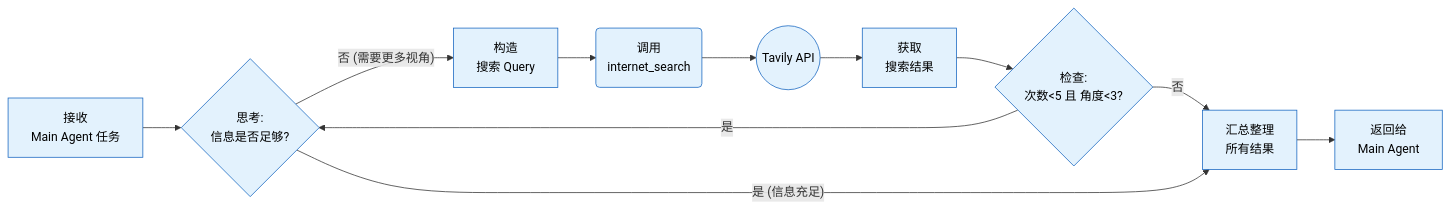
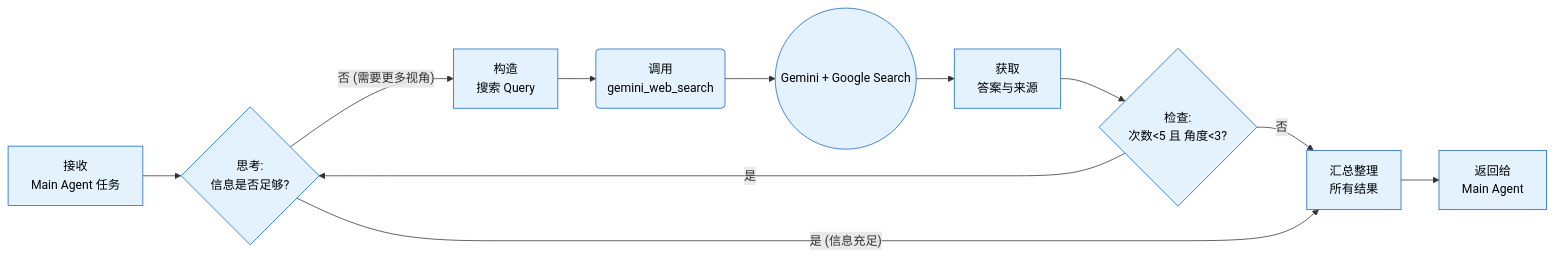
Before and after one commit to pat-CIMAR-UF/DeepAgent: the second of 4 diagrams in 深度搜索项目文档.md, drawn with Mermaid. The commit also changed other lines of this file and 1 other file, not shown here.

First line of the commit message:
Update DeepAgent configuration to utilize Gemini for web search

````diff
--- a/深度搜索项目文档.md
+++ b/深度搜索项目文档.md
@@ -3059,15 +3091,15 @@
 ```mermaid
 graph LR
     classDef default fill:#e3f2fd,stroke:#1565c0,stroke-width:1px,color:#000;
     
     Start[接收<br/>Main Agent 任务] --> Thought1{思考:<br/>信息是否足够?}
     Thought1 -- "否 (需要更多视角)" --> Action[构造<br/>搜索 Query]
-    Action --> Tool(调用<br/>internet_search)
-    Tool --> API((Tavily API))
-    API --> Obs[获取<br/>搜索结果]
+    Action --> Tool(调用<br/>gemini_web_search)
+    Tool --> API((Gemini + Google Search))
+    API --> Obs[获取<br/>答案与来源]
     Obs --> Check{"检查:<br/>次数<5 且 角度<3?"}
     Check -- 是 --> Thought1
     Check -- 否 --> Summary[汇总整理<br/>所有结果]
     Thought1 -- "是 (信息充足)" --> Summary
     Summary --> End[返回给<br/>Main Agent]
 ```
````
